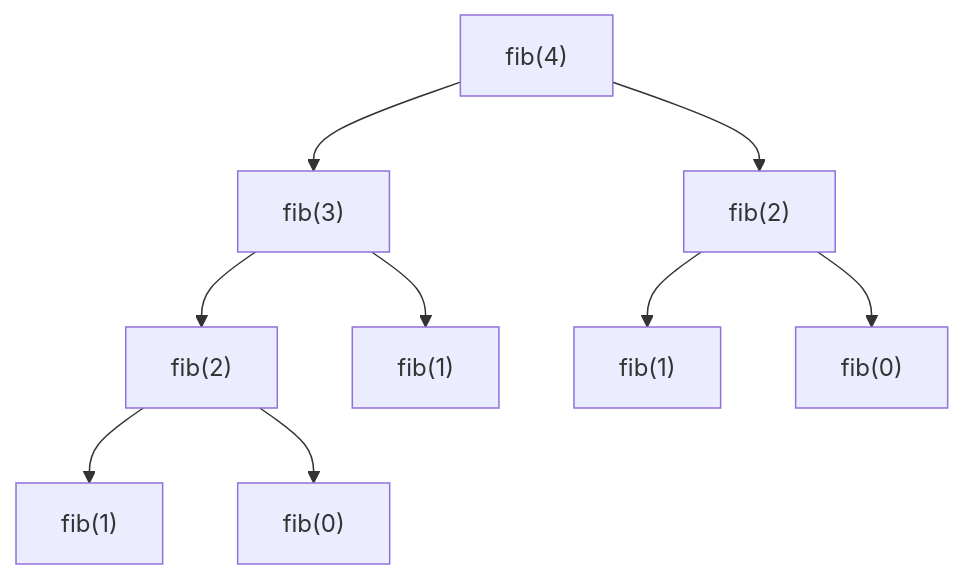
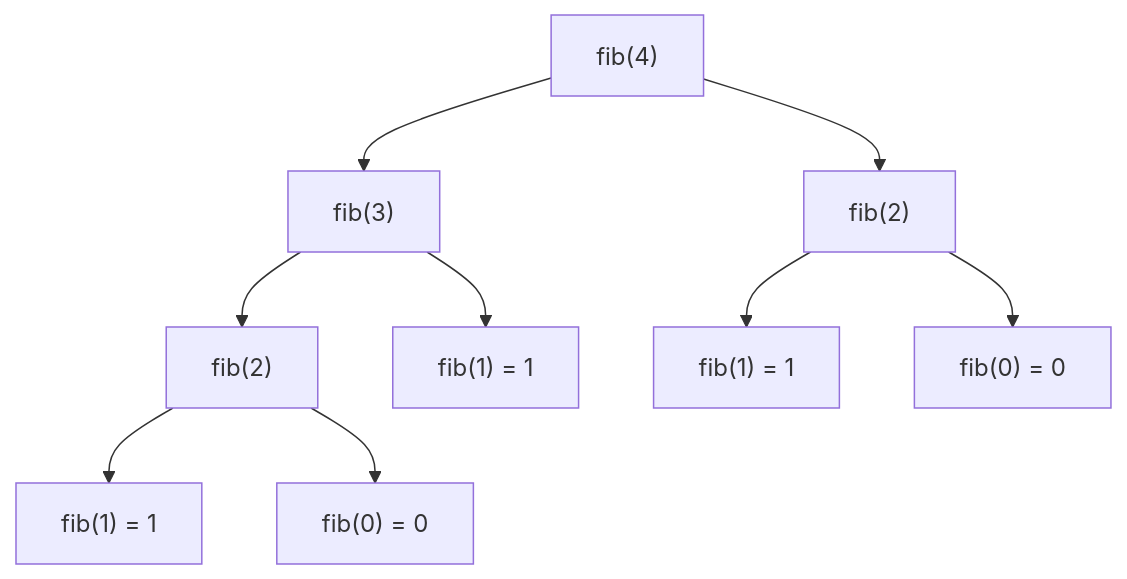
One commit to mariuszsmolka-stack/cpp-matura-2026 changed the diagram in docs/16-rekurencja-i-algorytmy-maturalne/06-wiele-wywolan-i-fibonacci.md. Above: the diagram before and after it, drawn with Mermaid. The commit also changed other lines of this file and 11 other files, not shown here.

````diff
--- a/docs/16-rekurencja-i-algorytmy-maturalne/06-wiele-wywolan-i-fibonacci.md
+++ b/docs/16-rekurencja-i-algorytmy-maturalne/06-wiele-wywolan-i-fibonacci.md
@@ -38,11 +24,11 @@
 ```mermaid
 flowchart TD
     A["fib(4)"] --> B["fib(3)"]
     A --> C["fib(2)"]
     B --> D["fib(2)"]
-    B --> E["fib(1)"]
-    C --> F["fib(1)"]
-    C --> G["fib(0)"]
-    D --> H["fib(1)"]
-    D --> I["fib(0)"]
+    B --> E["fib(1) = 1"]
+    C --> F["fib(1) = 1"]
+    C --> G["fib(0) = 0"]
+    D --> H["fib(1) = 1"]
+    D --> I["fib(0) = 0"]
 ```
````
